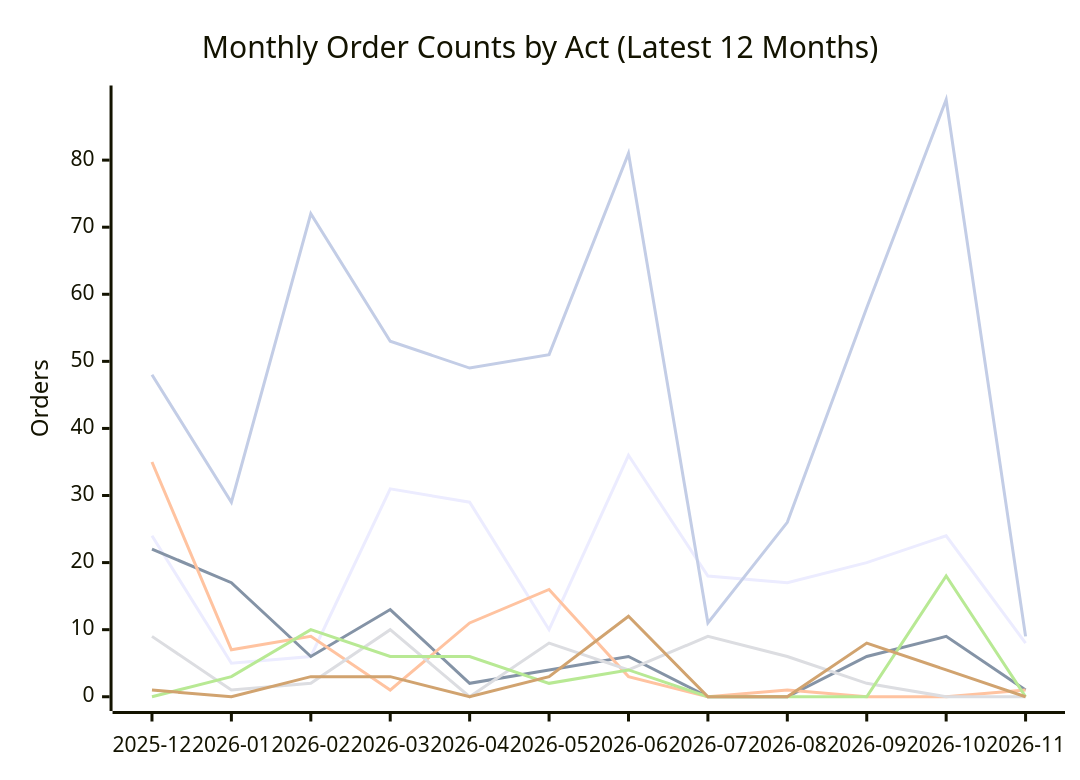
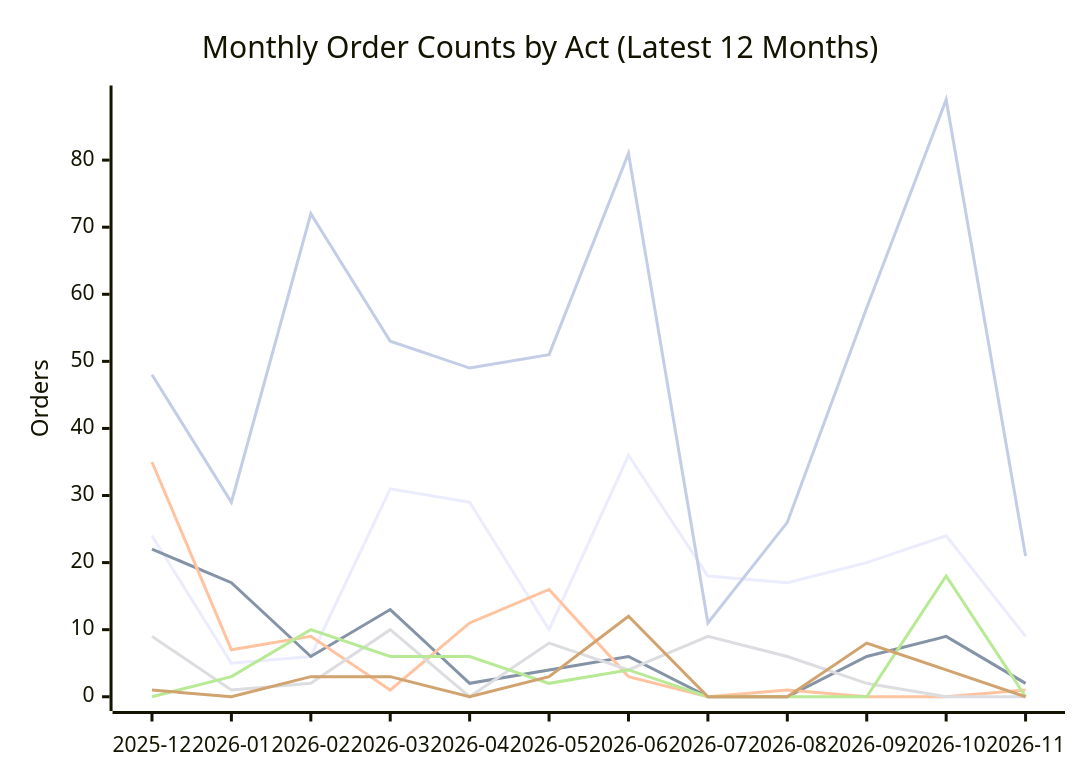
Before and after one commit to PatLittle/oic-data: the second of 2 diagrams in README.md, drawn with Mermaid. The commit also changed other lines of this file and 29 other files, not shown here.

````diff
--- a/README.md
+++ b/README.md
@@ -71,13 +71,13 @@
 ```mermaid
 xychart-beta
     title "Monthly Order Counts by Act (Latest 12 Months)"
     x-axis ["2025-12", "2026-01", "2026-02", "2026-03", "2026-04", "2026-05", "2026-06", "2026-07", "2026-08", "2026-09", "2026-10", "2026-11"]
     y-axis "Orders" 0 --> 89
-    line [24, 5, 6, 31, 29, 10, 36, 18, 17, 20, 24, 8]
-    line [22, 17, 6, 13, 2, 4, 6, 0, 0, 6, 9, 1]
+    line [24, 5, 6, 31, 29, 10, 36, 18, 17, 20, 24, 9]
+    line [22, 17, 6, 13, 2, 4, 6, 0, 0, 6, 9, 2]
     line [35, 7, 9, 1, 11, 16, 3, 0, 1, 0, 0, 1]
     line [9, 1, 2, 10, 0, 8, 4, 9, 6, 2, 0, 0]
     line [0, 3, 10, 6, 6, 2, 4, 0, 0, 0, 18, 0]
     line [1, 0, 3, 3, 0, 3, 12, 0, 0, 8, 4, 0]
-    line [48, 29, 72, 53, 49, 51, 81, 11, 26, 58, 89, 9]
+    line [48, 29, 72, 53, 49, 51, 81, 11, 26, 58, 89, 21]
 ```
````
